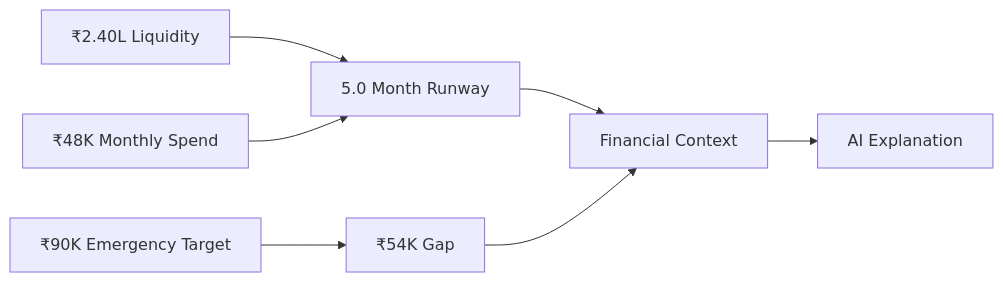
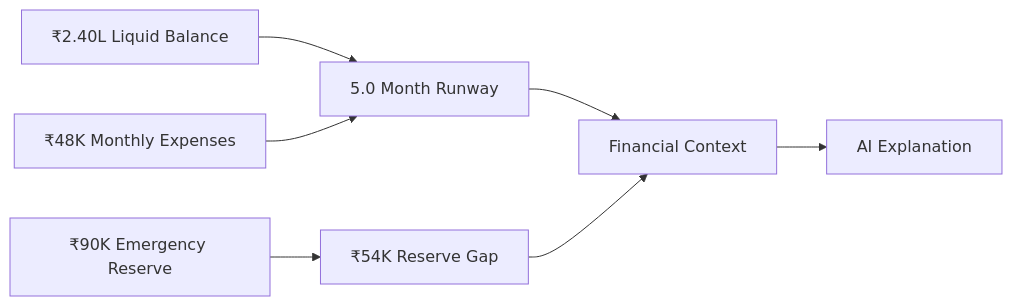
One commit to ShlokMishra01/Fintech-assistant-model-with-neo4j-and-Python changed the sixth of 11 diagrams in README.md. Above: the diagram before and after it, drawn with Mermaid. The commit also changed other lines of this file, not shown here.

````diff
--- a/README.md
+++ b/README.md
@@ -438,11 +517,17 @@
 ```mermaid
 flowchart LR
-    A["₹2.40L Liquidity"] --> D["5.0 Month Runway"]
-    B["₹48K Monthly Spend"] --> D
-    C["₹90K Emergency Target"] --> E["₹54K Gap"]
-    
-    D --> F["Financial Context"]
+
+    A["₹2.40L Liquid Balance"]
+    --> C["5.0 Month Runway"]
+
+    B["₹48K Monthly Expenses"]
+    --> C
+
+    D["₹90K Emergency Reserve"]
+    --> E["₹54K Reserve Gap"]
+
+    C --> F["Financial Context"]
     E --> F
 
     F --> G["AI Explanation"]
 ```
````
